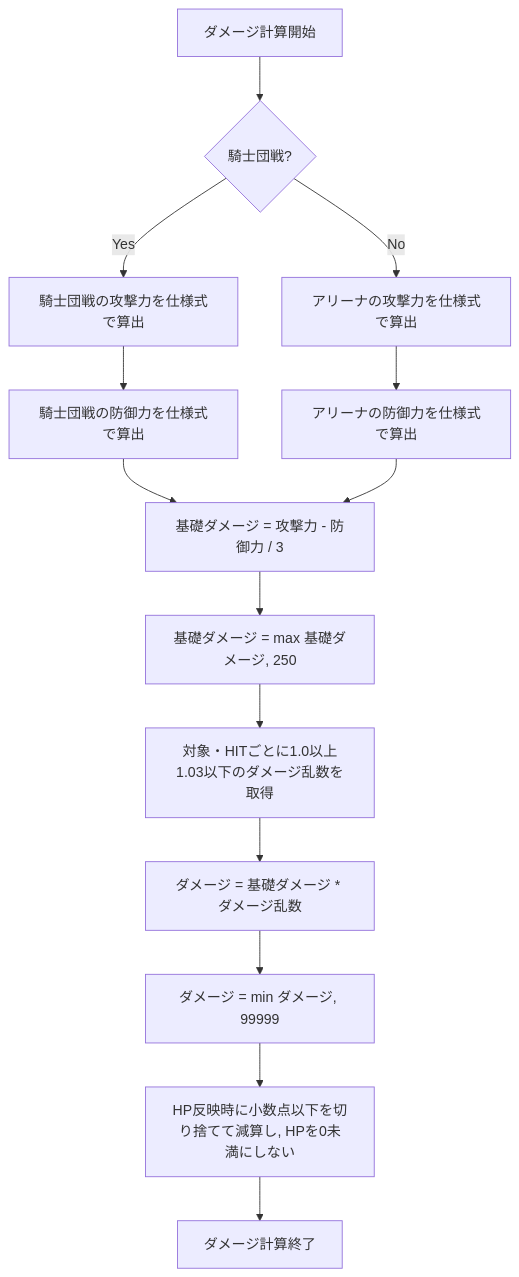
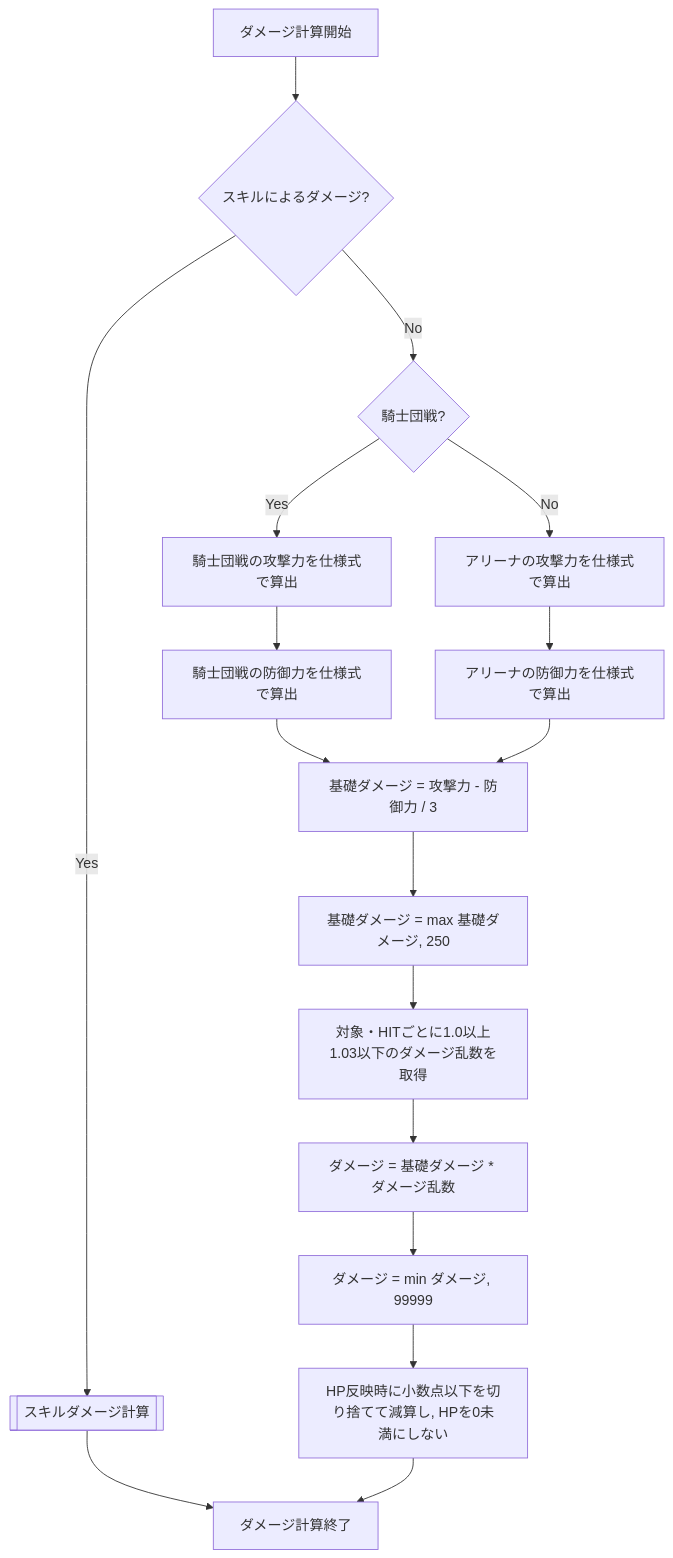
One commit to ReHydrangeaOdyssey/Specifications changed the second of 5 diagrams in design/game/battle.md. Above: the diagram before and after it, drawn with Mermaid. The commit also changed other lines of this file and 18 other files, not shown here.

````diff
--- a/design/game/battle.md
+++ b/design/game/battle.md
@@ -52,20 +59,24 @@
 ```mermaid
 flowchart TD;
     Start[ダメージ計算開始];
+    SkillDamage{スキルによるダメージ?};
+    SkillFlow[[スキルダメージ計算]];
     Mode{騎士団戦?};
     GuildAttack[騎士団戦の攻撃力を仕様式で算出];
     GuildDefense[騎士団戦の防御力を仕様式で算出];
     ArenaAttack[アリーナの攻撃力を仕様式で算出];
     ArenaDefense[アリーナの防御力を仕様式で算出];
     BaseDamage[基礎ダメージ = 攻撃力 - 防御力 / 3];
     MinDamage[基礎ダメージ = max 基礎ダメージ, 250];
     Random[対象・HITごとに1.0以上1.03以下のダメージ乱数を取得];
     RandomDamage[ダメージ = 基礎ダメージ * ダメージ乱数];
     MaxDamage[ダメージ = min ダメージ, 99999];
     Apply[HP反映時に小数点以下を切り捨てて減算し, HPを0未満にしない];
     End[ダメージ計算終了];
-    Start --> Mode;
+    Start --> SkillDamage;
+    SkillDamage -- Yes --> SkillFlow --> End;
+    SkillDamage -- No --> Mode;
     Mode -- Yes --> GuildAttack --> GuildDefense --> BaseDamage;
     Mode -- No --> ArenaAttack --> ArenaDefense --> BaseDamage;
     BaseDamage --> MinDamage --> Random --> RandomDamage --> MaxDamage --> Apply --> End;
 ```
````
